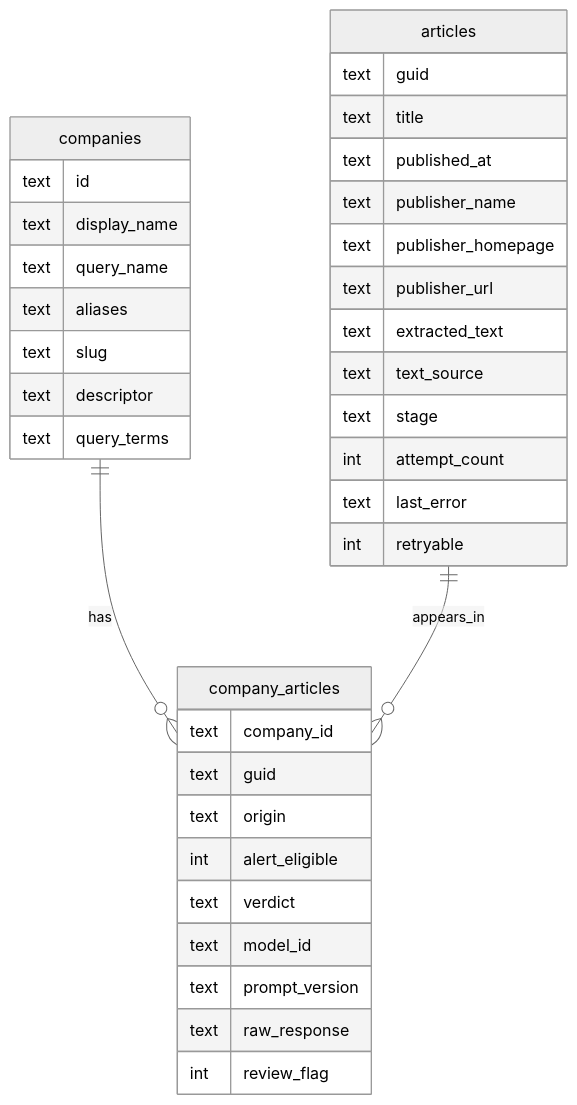
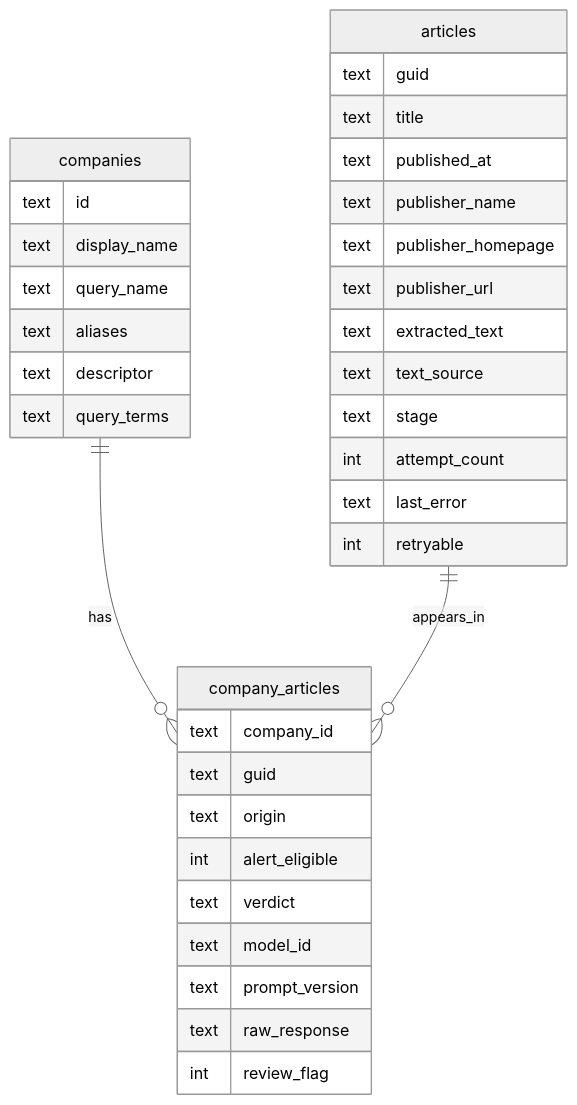
Before and after one commit to itayavtalyon/press-mentions: the fifth of 8 diagrams in docs/ARCHITECTURE.md, drawn with Mermaid (neutral theme). The commit also changed other lines of this file and 32 other files, not shown here.

````diff
--- a/docs/ARCHITECTURE.md
+++ b/docs/ARCHITECTURE.md
@@ -144,39 +144,38 @@
 ```mermaid
 erDiagram
   companies ||--o{ company_articles : has
   articles ||--o{ company_articles : appears_in
   companies {
     text id
     text display_name
     text query_name
     text aliases
-    text slug
     text descriptor
     text query_terms
   }
   articles {
     text guid
     text title
     text published_at
     text publisher_name
     text publisher_homepage
     text publisher_url
     text extracted_text
     text text_source
     text stage
     int attempt_count
     text last_error
     int retryable
   }
   company_articles {
     text company_id
     text guid
     text origin
     int alert_eligible
     text verdict
     text model_id
     text prompt_version
     text raw_response
     int review_flag
   }
 ```
````
